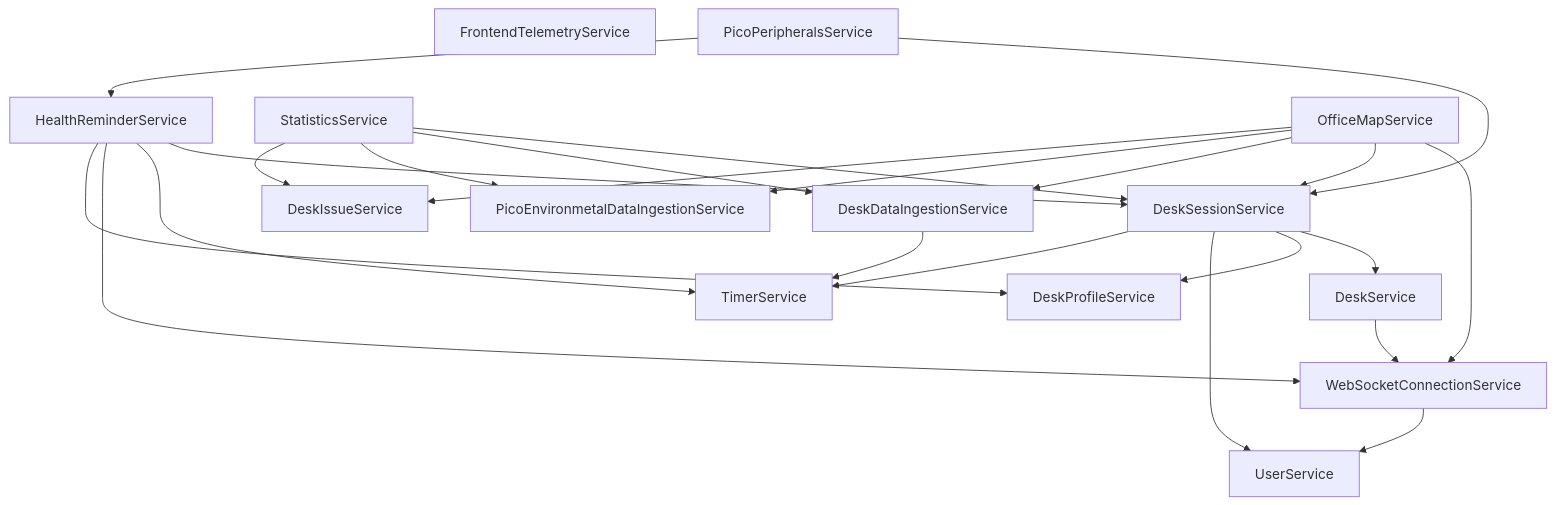
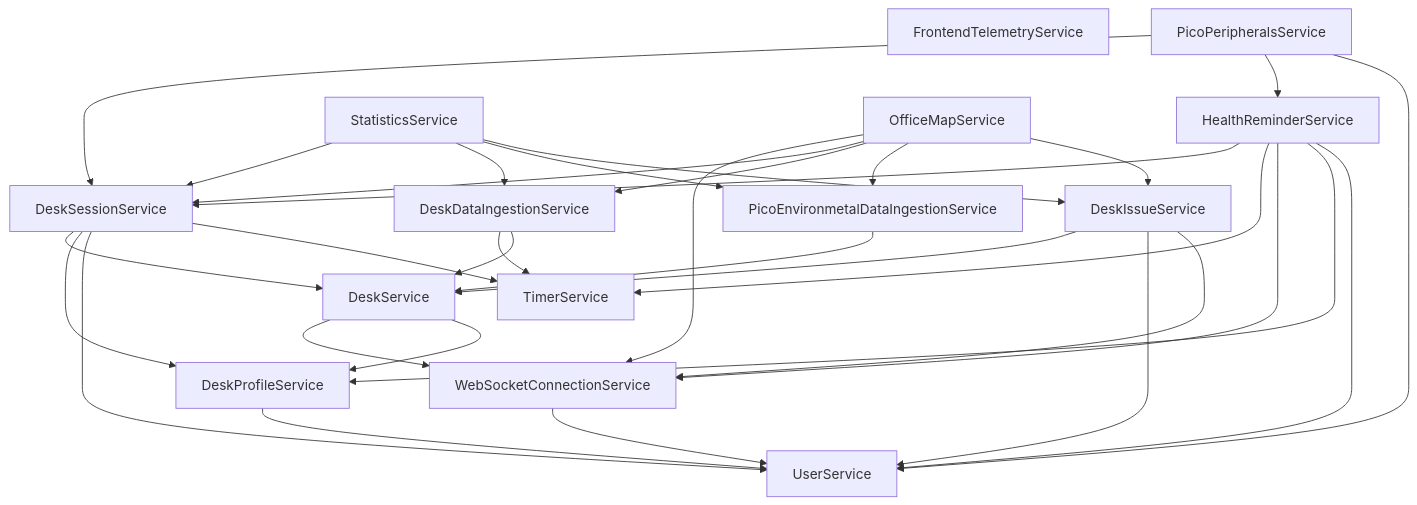
One commit to gizul25/dus changed the diagram in docs/design-updated/backend_services.mermaid. Above: the diagram before and after it, drawn with Mermaid. The commit also changed 9 other files, not shown here.

```diff
--- a/docs/design-updated/backend_services.mermaid
+++ b/docs/design-updated/backend_services.mermaid
@@ -1,27 +1,36 @@
 flowchart TD
     WebSocketConnectionService --> UserService
     DeskService --> WebSocketConnectionService
     DeskSessionService --> DeskService
     DeskSessionService --> DeskProfileService
     DeskSessionService --> UserService
     DeskSessionService --> TimerService
     HealthReminderService --> DeskSessionService
     HealthReminderService --> TimerService
     HealthReminderService --> WebSocketConnectionService
     HealthReminderService --> DeskProfileService
     DeskProfileService
     PicoEnvironmetalDataIngestionService
     DeskDataIngestionService --> TimerService
     FrontendTelemetryService
     StatisticsService
     OfficeMapService --> WebSocketConnectionService
     OfficeMapService --> DeskSessionService
     OfficeMapService --> DeskDataIngestionService
     OfficeMapService --> PicoEnvironmetalDataIngestionService
     OfficeMapService --> DeskIssueService
     StatisticsService --> DeskSessionService
     StatisticsService --> DeskDataIngestionService
     StatisticsService --> PicoEnvironmetalDataIngestionService
     StatisticsService --> DeskIssueService
     PicoPeripheralsService --> DeskSessionService
     PicoPeripheralsService --> HealthReminderService
+    DeskProfileService --> UserService
+    DeskService --> DeskProfileService
+    HealthReminderService --> UserService
+    DeskIssueService --> DeskService
+    DeskIssueService --> UserService
+    DeskIssueService --> WebSocketConnectionService
+    PicoEnvironmetalDataIngestionService --> DeskService
+    DeskDataIngestionService --> DeskService
+    PicoPeripheralsService --> UserService
```
